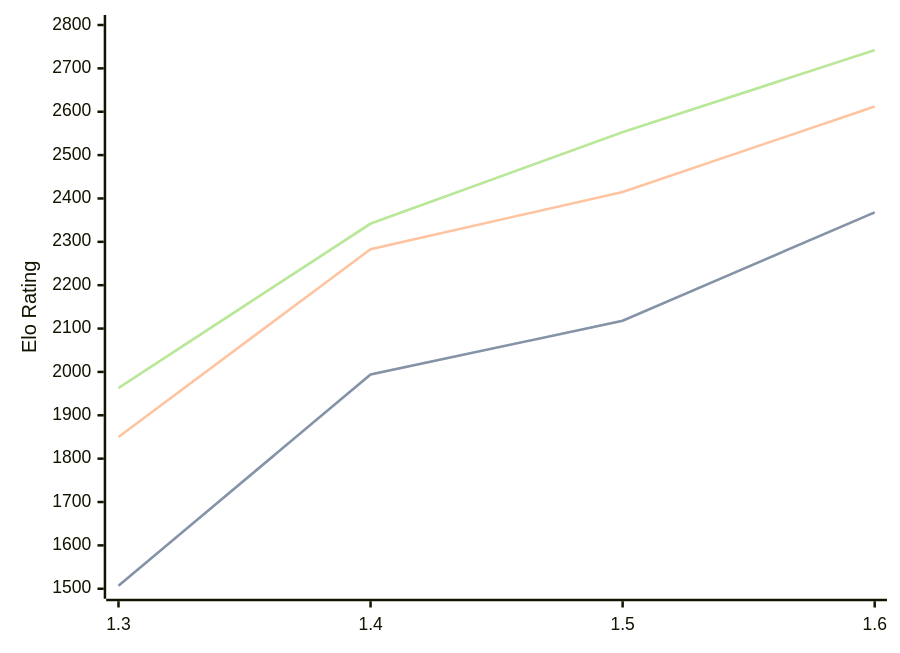
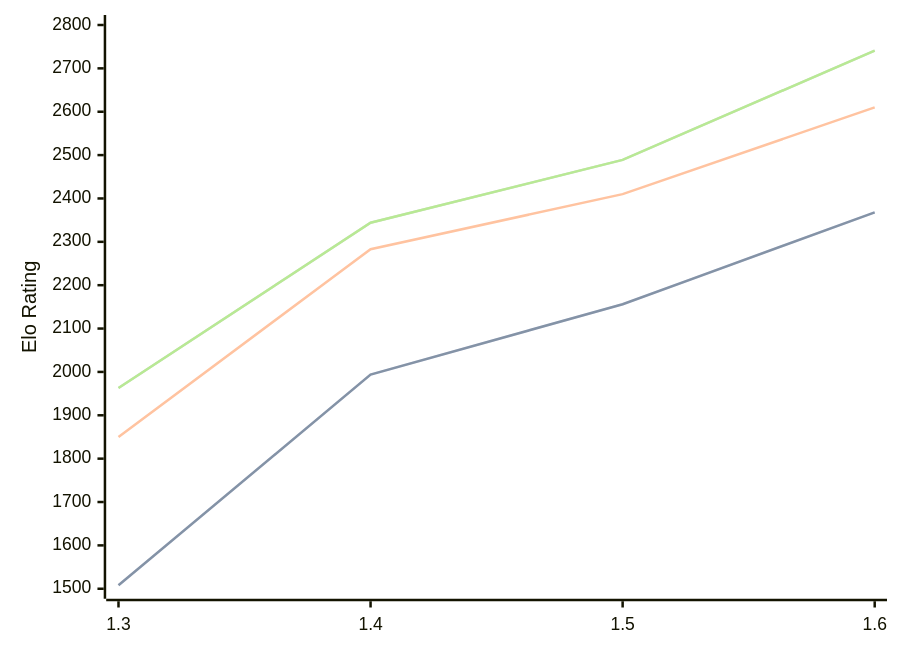
The first of 3 diagrams in engines/Facon.md (computer-chess-index/cci), drawn with Mermaid before and after one commit. The commit also changed other lines of this file, not shown here.

Commit message:
Update CCI Ratings (ELO VLTC) - 2026-06-24

````diff
--- a/engines/Facon.md
+++ b/engines/Facon.md
@@ -37,11 +37,11 @@
 ```mermaid
 %%{init: {"theme":"base","themeVariables":{"seriesColors:['#a3a3a3','#222221','#faa371']}}}%%
 xychart-beta
   x-axis ["1.3", "1.4", "1.5", "1.6"]
   y-axis "Elo Rating" 1500 --> 2800
-  line "STC (8.0+0.08s)" [1507, 1994, 2118, 2368]
-  line "STC (8.0+0.08s)" [1507, 1994, 2118, 2368]
-  line "LTC (60.0+0.60s)" [1850, 2283, 2415, 2612]
-  line "VLTC (2m24s+1.12s)" [1963, 2342, 2553, 2742]
-  line "VLTC (2m24s+1.12s)" [1963, 2342, 2553, 2742]
+  line "STC (8.0+0.08s)" [1508, 1994, 2156, 2368]
+  line "STC (8.0+0.08s)" [1508, 1994, 2156, 2368]
+  line "LTC (60.0+0.60s)" [1850, 2283, 2410, 2610]
+  line "VLTC (2m24s+1.12s)" [1963, 2344, 2489, 2741]
+  line "VLTC (2m24s+1.12s)" [1963, 2344, 2489, 2741]
 ```
````
